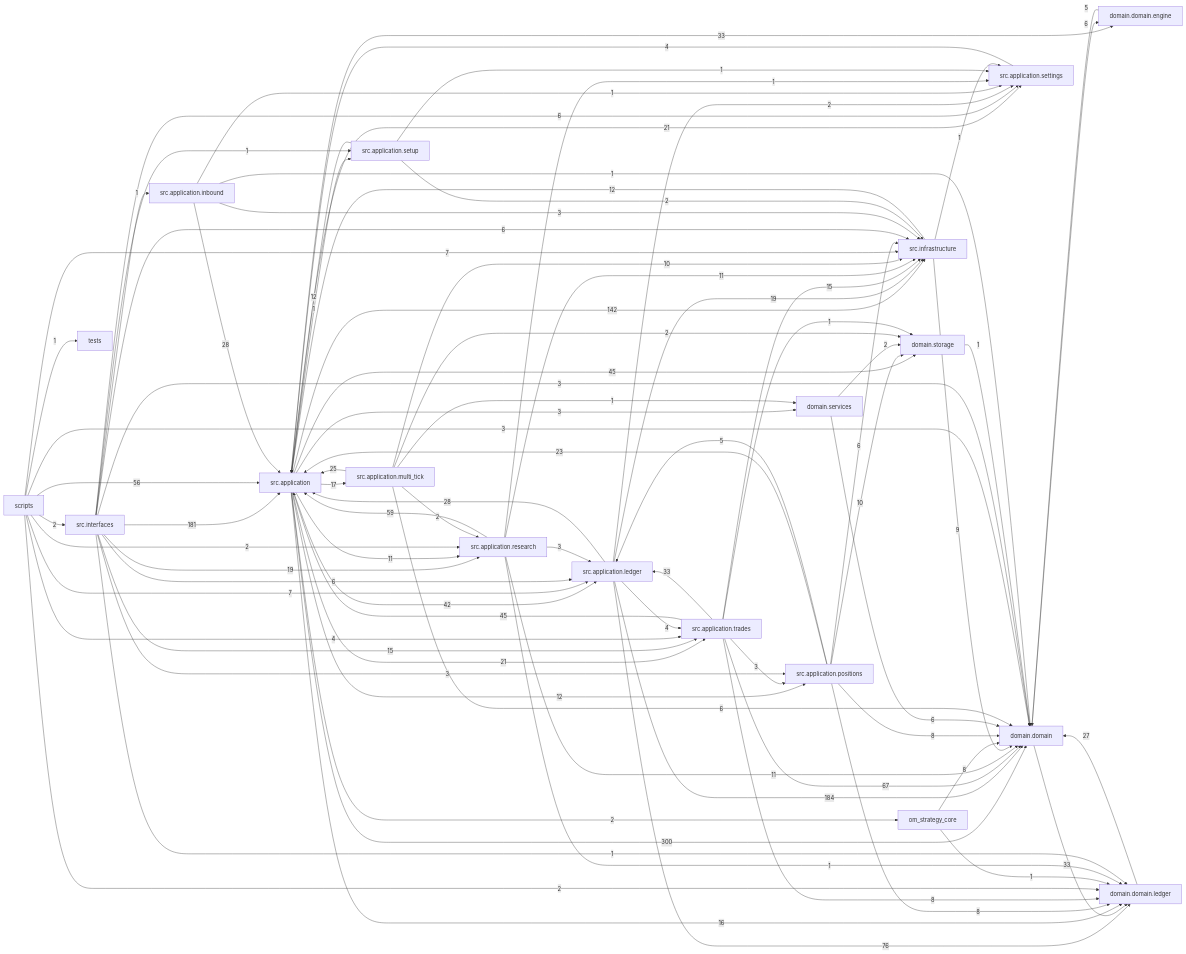
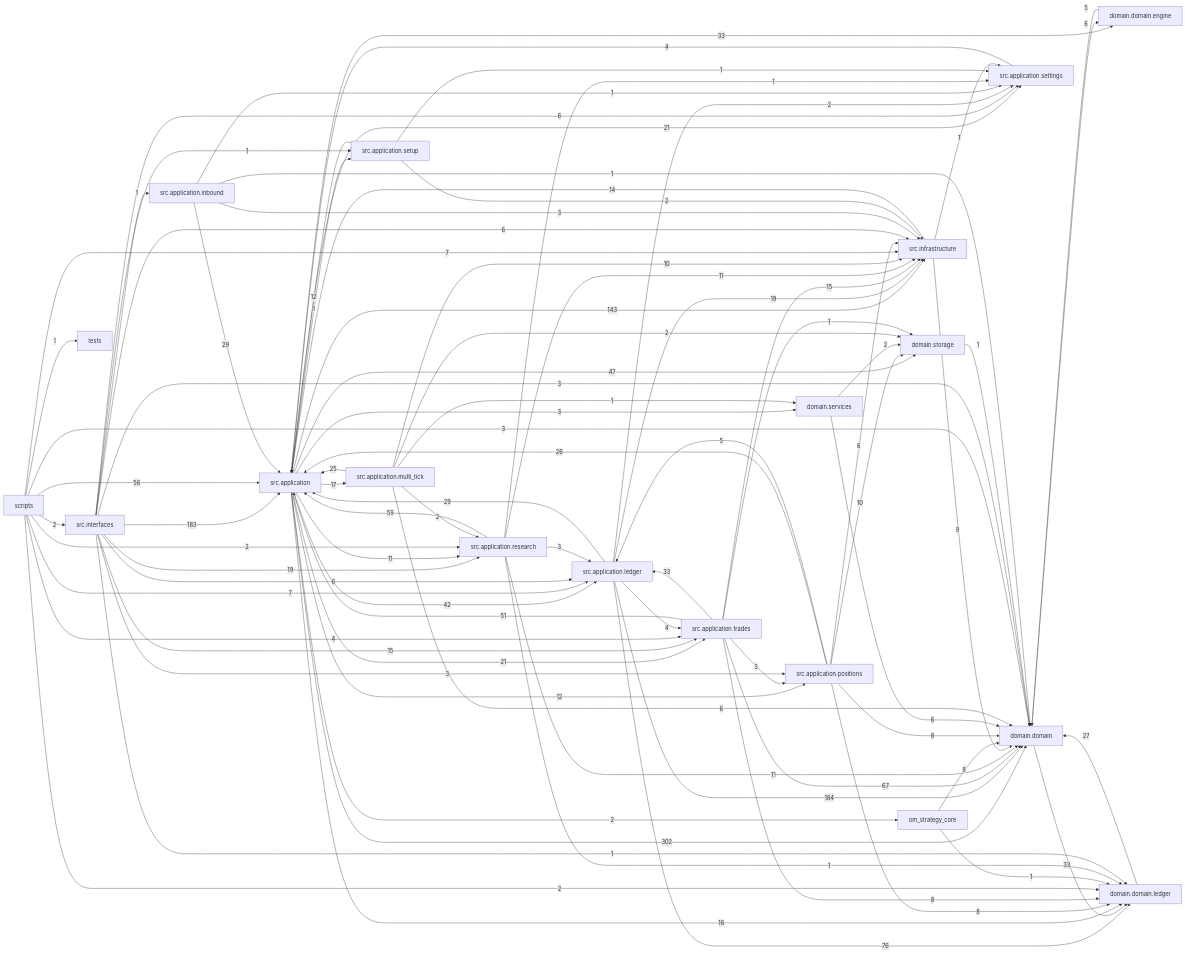
One commit to liuxie066/options-monitor changed the diagram in docs/dependency_graph.mmd. Above: the diagram before and after it, drawn with Mermaid. The commit also changed 82 other files, not shown here.

```diff
--- a/docs/dependency_graph.mmd
+++ b/docs/dependency_graph.mmd
@@ -1,86 +1,86 @@
 flowchart LR
-  src_application["src.application"] -->|300| domain_domain["domain.domain"]
+  src_application["src.application"] -->|302| domain_domain["domain.domain"]
   src_application_ledger["src.application.ledger"] -->|184| domain_domain["domain.domain"]
-  src_interfaces["src.interfaces"] -->|181| src_application["src.application"]
-  src_application["src.application"] -->|142| src_infrastructure["src.infrastructure"]
+  src_interfaces["src.interfaces"] -->|183| src_application["src.application"]
+  src_application["src.application"] -->|143| src_infrastructure["src.infrastructure"]
   src_application_ledger["src.application.ledger"] -->|76| domain_domain_ledger["domain.domain.ledger"]
   src_application_trades["src.application.trades"] -->|67| domain_domain["domain.domain"]
   src_application_research["src.application.research"] -->|59| src_application["src.application"]
   scripts["scripts"] -->|56| src_application["src.application"]
-  src_application["src.application"] -->|45| domain_storage["domain.storage"]
-  src_application_trades["src.application.trades"] -->|45| src_application["src.application"]
+  src_application_trades["src.application.trades"] -->|51| src_application["src.application"]
+  src_application["src.application"] -->|47| domain_storage["domain.storage"]
   src_application["src.application"] -->|42| src_application_ledger["src.application.ledger"]
   domain_domain["domain.domain"] -->|33| domain_domain_ledger["domain.domain.ledger"]
   src_application["src.application"] -->|33| domain_domain_engine["domain.domain.engine"]
   src_application_trades["src.application.trades"] -->|33| src_application_ledger["src.application.ledger"]
-  src_application_inbound["src.application.inbound"] -->|28| src_application["src.application"]
-  src_application_ledger["src.application.ledger"] -->|28| src_application["src.application"]
+  src_application_inbound["src.application.inbound"] -->|29| src_application["src.application"]
+  src_application_ledger["src.application.ledger"] -->|29| src_application["src.application"]
   domain_domain_ledger["domain.domain.ledger"] -->|27| domain_domain["domain.domain"]
+  src_application_positions["src.application.positions"] -->|26| src_application["src.application"]
   src_application_multi_tick["src.application.multi_tick"] -->|25| src_application["src.application"]
-  src_application_positions["src.application.positions"] -->|23| src_application["src.application"]
   src_application["src.application"] -->|21| src_application_settings["src.application.settings"]
   src_application["src.application"] -->|21| src_application_trades["src.application.trades"]
   src_application_ledger["src.application.ledger"] -->|19| src_infrastructure["src.infrastructure"]
   src_interfaces["src.interfaces"] -->|19| src_application_research["src.application.research"]
   src_application["src.application"] -->|17| src_application_multi_tick["src.application.multi_tick"]
   src_application["src.application"] -->|16| domain_domain_ledger["domain.domain.ledger"]
   src_application_trades["src.application.trades"] -->|15| src_infrastructure["src.infrastructure"]
   src_interfaces["src.interfaces"] -->|15| src_application_trades["src.application.trades"]
+  src_infrastructure["src.infrastructure"] -->|14| src_application["src.application"]
   src_application["src.application"] -->|12| src_application_positions["src.application.positions"]
   src_application_setup["src.application.setup"] -->|12| src_application["src.application"]
-  src_infrastructure["src.infrastructure"] -->|12| src_application["src.application"]
   src_application["src.application"] -->|11| src_application_research["src.application.research"]
   src_application_research["src.application.research"] -->|11| domain_domain["domain.domain"]
   src_application_research["src.application.research"] -->|11| src_infrastructure["src.infrastructure"]
   src_application_multi_tick["src.application.multi_tick"] -->|10| src_infrastructure["src.infrastructure"]
   src_application_positions["src.application.positions"] -->|10| domain_storage["domain.storage"]
   src_infrastructure["src.infrastructure"] -->|9| domain_domain["domain.domain"]
   om_strategy_core["om_strategy_core"] -->|8| domain_domain["domain.domain"]
   src_application_positions["src.application.positions"] -->|8| domain_domain["domain.domain"]
   src_application_positions["src.application.positions"] -->|8| domain_domain_ledger["domain.domain.ledger"]
   src_application_trades["src.application.trades"] -->|8| domain_domain_ledger["domain.domain.ledger"]
   scripts["scripts"] -->|7| src_application_ledger["src.application.ledger"]
   scripts["scripts"] -->|7| src_infrastructure["src.infrastructure"]
   domain_domain["domain.domain"] -->|6| domain_domain_engine["domain.domain.engine"]
   domain_services["domain.services"] -->|6| domain_domain["domain.domain"]
   src_application_multi_tick["src.application.multi_tick"] -->|6| domain_domain["domain.domain"]
   src_application_positions["src.application.positions"] -->|6| src_infrastructure["src.infrastructure"]
   src_interfaces["src.interfaces"] -->|6| src_application_ledger["src.application.ledger"]
   src_interfaces["src.interfaces"] -->|6| src_application_settings["src.application.settings"]
   src_interfaces["src.interfaces"] -->|6| src_infrastructure["src.infrastructure"]
   domain_domain_engine["domain.domain.engine"] -->|5| domain_domain["domain.domain"]
   src_application_positions["src.application.positions"] -->|5| src_application_ledger["src.application.ledger"]
   scripts["scripts"] -->|4| src_application_trades["src.application.trades"]
   src_application_ledger["src.application.ledger"] -->|4| src_application_trades["src.application.trades"]
   src_application_settings["src.application.settings"] -->|4| src_application["src.application"]
   scripts["scripts"] -->|3| domain_domain["domain.domain"]
   src_application["src.application"] -->|3| domain_services["domain.services"]
   src_application_inbound["src.application.inbound"] -->|3| src_infrastructure["src.infrastructure"]
   src_application_research["src.application.research"] -->|3| src_application_ledger["src.application.ledger"]
   src_application_trades["src.application.trades"] -->|3| src_application_positions["src.application.positions"]
   src_interfaces["src.interfaces"] -->|3| domain_domain["domain.domain"]
   src_interfaces["src.interfaces"] -->|3| src_application_positions["src.application.positions"]
   domain_services["domain.services"] -->|2| domain_storage["domain.storage"]
   scripts["scripts"] -->|2| domain_domain_ledger["domain.domain.ledger"]
   scripts["scripts"] -->|2| src_application_research["src.application.research"]
   scripts["scripts"] -->|2| src_interfaces["src.interfaces"]
   src_application["src.application"] -->|2| om_strategy_core["om_strategy_core"]
   src_application_ledger["src.application.ledger"] -->|2| src_application_settings["src.application.settings"]
   src_application_multi_tick["src.application.multi_tick"] -->|2| domain_storage["domain.storage"]
   src_application_multi_tick["src.application.multi_tick"] -->|2| src_application_research["src.application.research"]
   src_application_setup["src.application.setup"] -->|2| src_infrastructure["src.infrastructure"]
   domain_storage["domain.storage"] -->|1| domain_domain["domain.domain"]
   om_strategy_core["om_strategy_core"] -->|1| domain_domain_ledger["domain.domain.ledger"]
   scripts["scripts"] -->|1| tests["tests"]
   src_application["src.application"] -->|1| src_application_setup["src.application.setup"]
   src_application_inbound["src.application.inbound"] -->|1| domain_domain["domain.domain"]
   src_application_inbound["src.application.inbound"] -->|1| src_application_settings["src.application.settings"]
   src_application_multi_tick["src.application.multi_tick"] -->|1| domain_services["domain.services"]
   src_application_research["src.application.research"] -->|1| domain_domain_ledger["domain.domain.ledger"]
   src_application_research["src.application.research"] -->|1| src_application_settings["src.application.settings"]
   src_application_setup["src.application.setup"] -->|1| src_application_settings["src.application.settings"]
   src_application_trades["src.application.trades"] -->|1| domain_storage["domain.storage"]
   src_infrastructure["src.infrastructure"] -->|1| src_application_settings["src.application.settings"]
   src_interfaces["src.interfaces"] -->|1| domain_domain_ledger["domain.domain.ledger"]
   src_interfaces["src.interfaces"] -->|1| src_application_inbound["src.application.inbound"]
   src_interfaces["src.interfaces"] -->|1| src_application_setup["src.application.setup"]
```
